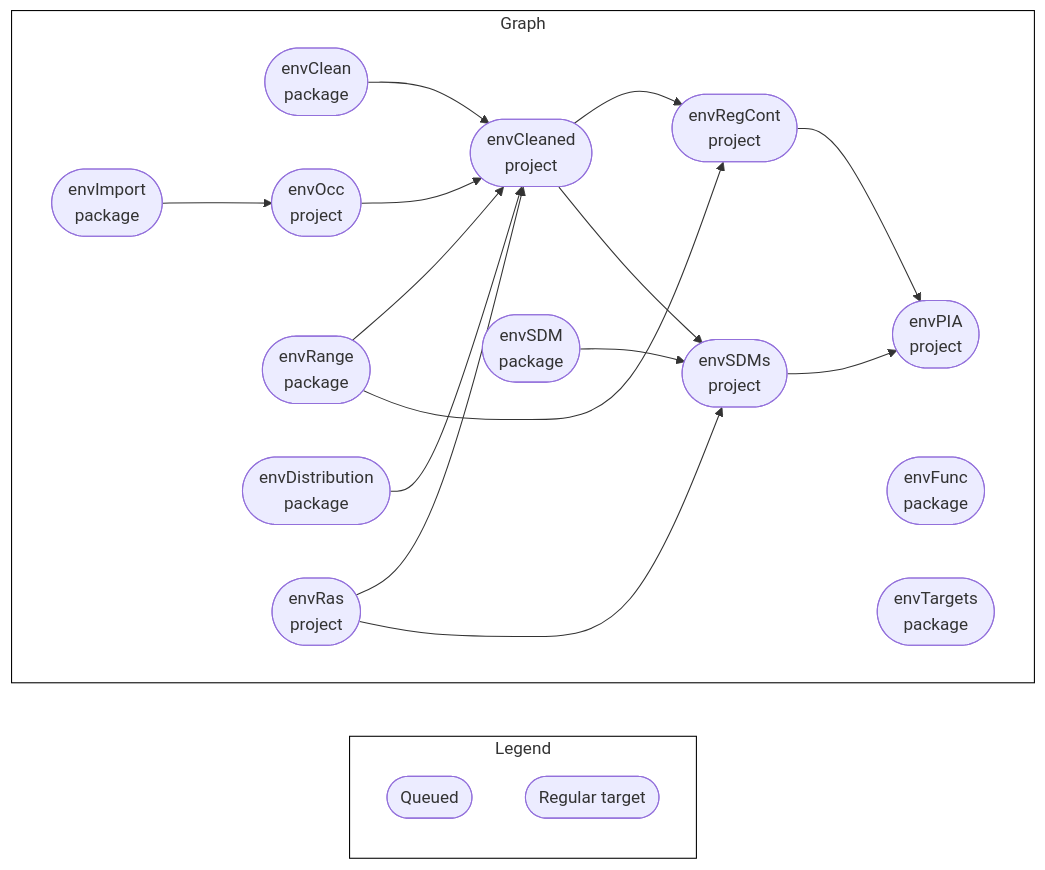
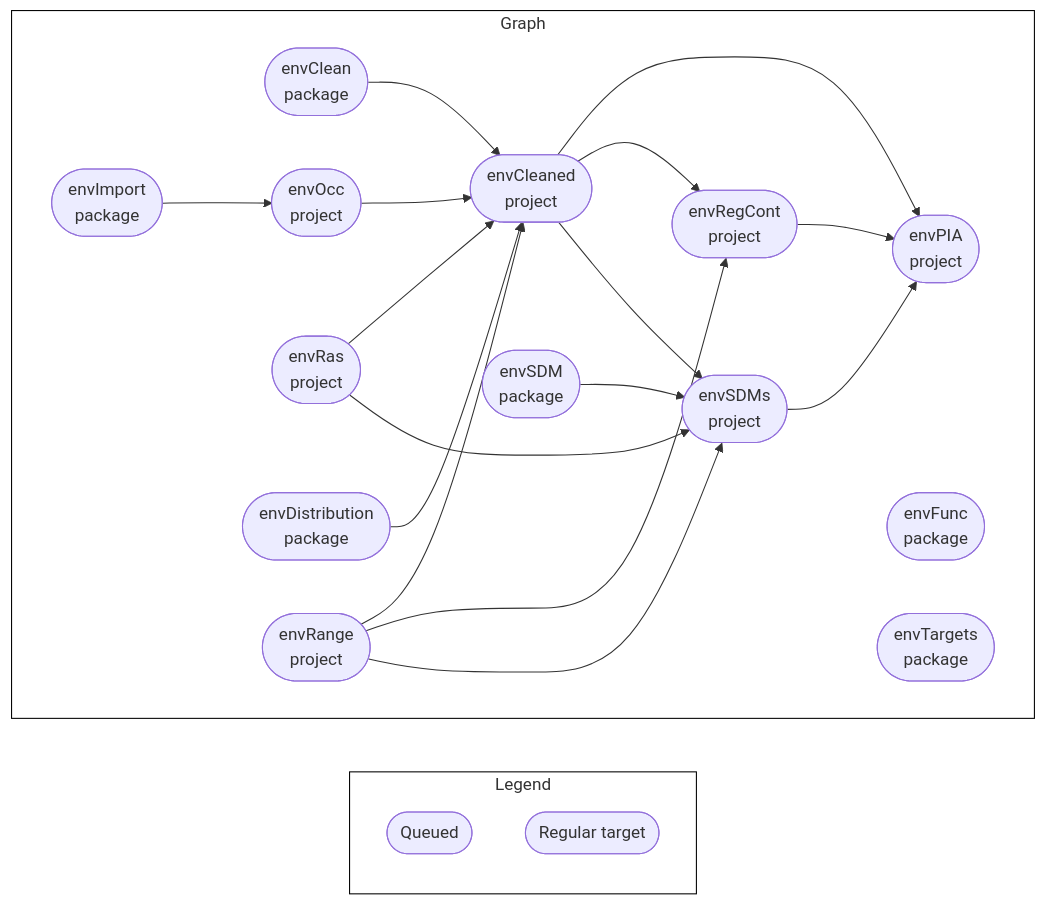
The diagram in profile/README.md (dew-landscapes/.github), drawn with Mermaid before and after one commit. The commit also changed other lines of this file and 1 other file, not shown here.

Commit message:
range is a project

````diff
--- a/profile/README.md
+++ b/profile/README.md
@@ -45,27 +45,29 @@
 ``` mermaid
 graph LR
   style Legend fill:#FFFFFF00,stroke:#000000;
   style Graph fill:#FFFFFF00,stroke:#000000;
   subgraph Legend
     xa3883d8216f2b511(["Queued"]):::queued
     xd03d7c7dd2ddda2b(["Regular target"]):::none
   end
   subgraph Graph
     direction LR
     x199e33ac94c360fd(["envClean<br>package"]):::queued --> x4e1f08a5bd05b882(["envCleaned<br>project"]):::queued
     x9d3addc2d3c28cb0(["envOcc<br>project"]):::queued --> x4e1f08a5bd05b882(["envCleaned<br>project"]):::queued
-    x4f41d9ef8b70ed0e(["envRange<br>package"]):::queued --> x4e1f08a5bd05b882(["envCleaned<br>project"]):::queued
+    x67b5feaf09e4d0ca(["envRas<br>project"]):::queued --> x4e1f08a5bd05b882(["envCleaned<br>project"]):::queued
     xb53407deaf8a50f7(["envDistribution<br>package"]):::queued --> x4e1f08a5bd05b882(["envCleaned<br>project"]):::queued
-    x67b5feaf09e4d0ca(["envRas<br>project"]):::queued --> x4e1f08a5bd05b882(["envCleaned<br>project"]):::queued
+    x4f41d9ef8b70ed0e(["envRange<br>project"]):::queued --> x4e1f08a5bd05b882(["envCleaned<br>project"]):::queued
     xa419b1871c902a02(["envImport<br>package"]):::queued --> x9d3addc2d3c28cb0(["envOcc<br>project"]):::queued
+    x4e1f08a5bd05b882(["envCleaned<br>project"]):::queued --> x2cb0f2dc918c8a98(["envPIA<br>project"]):::queued
     x5499a04bf3778295(["envRegCont<br>project"]):::queued --> x2cb0f2dc918c8a98(["envPIA<br>project"]):::queued
     xc1054dd4c63b18e0(["envSDMs<br>project"]):::queued --> x2cb0f2dc918c8a98(["envPIA<br>project"]):::queued
+    x4f41d9ef8b70ed0e(["envRange<br>project"]):::queued --> x5499a04bf3778295(["envRegCont<br>project"]):::queued
     x4e1f08a5bd05b882(["envCleaned<br>project"]):::queued --> x5499a04bf3778295(["envRegCont<br>project"]):::queued
-    x4f41d9ef8b70ed0e(["envRange<br>package"]):::queued --> x5499a04bf3778295(["envRegCont<br>project"]):::queued
+    x4e1f08a5bd05b882(["envCleaned<br>project"]):::queued --> xc1054dd4c63b18e0(["envSDMs<br>project"]):::queued
+    x07cddf360e9b199e(["envSDM<br>package"]):::queued --> xc1054dd4c63b18e0(["envSDMs<br>project"]):::queued
     x67b5feaf09e4d0ca(["envRas<br>project"]):::queued --> xc1054dd4c63b18e0(["envSDMs<br>project"]):::queued
-    x07cddf360e9b199e(["envSDM<br>package"]):::queued --> xc1054dd4c63b18e0(["envSDMs<br>project"]):::queued
-    x4e1f08a5bd05b882(["envCleaned<br>project"]):::queued --> xc1054dd4c63b18e0(["envSDMs<br>project"]):::queued
+    x4f41d9ef8b70ed0e(["envRange<br>project"]):::queued --> xc1054dd4c63b18e0(["envSDMs<br>project"]):::queued
     x6832f874a98057bb(["envFunc<br>package"]):::queued
     xb03046fba8fa1b84(["envTargets<br>package"]):::queued
   end
 ```
````
